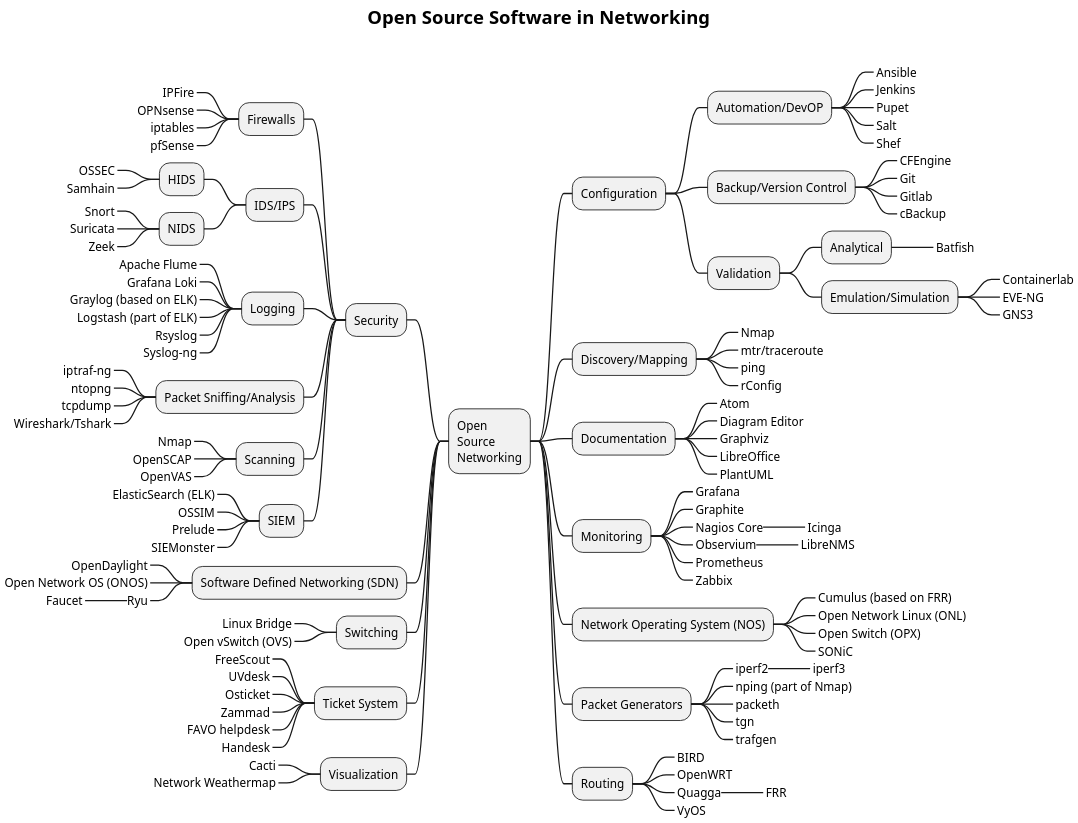
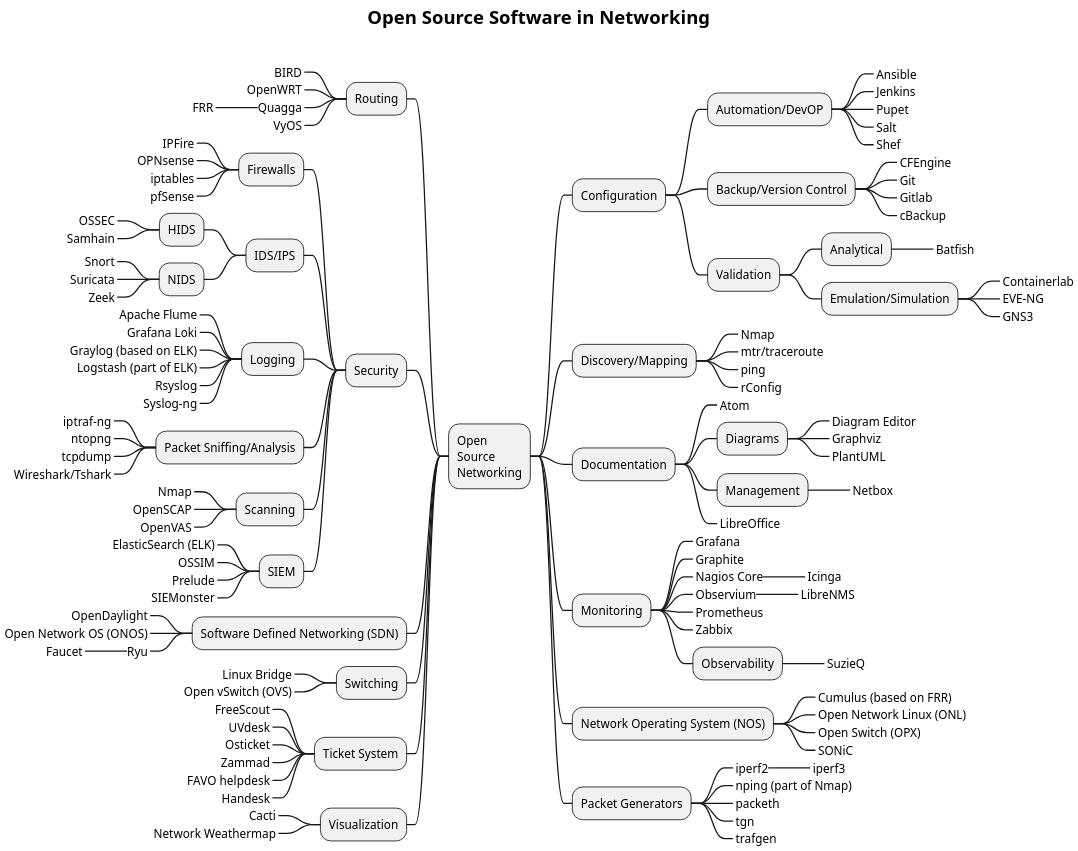
One commit to martimy/Open-Source-Networking changed the diagram in OpenSourceMindMap.md. Above: the diagram before and after it, drawn with PlantUML. The commit also changed 1 other file, not shown here.

Commit message:
add examples

```diff
--- a/OpenSourceMindMap.md
+++ b/OpenSourceMindMap.md
@@ -54,10 +54,13 @@
 
 ** Documentation
 ***_ Atom
-***_ Diagram Editor
-***_ Graphviz
+*** Diagrams
+****_ Diagram Editor
+****_ Graphviz
+****_ PlantUML
+*** Management
+****_ Netbox
 ***_ LibreOffice
-***_ PlantUML
 
 
 ** Monitoring
@@ -69,13 +72,16 @@
 ****_ LibreNMS
 ***_ Prometheus
 ***_ Zabbix
-
+*** Observability
+****_ SuzieQ
 
 ** Network Operating System (NOS)
 ***_ Cumulus (based on FRR)
 ***_ Open Network Linux (ONL)
 ***_ Open Switch (OPX)
 ***_ SONiC
+
+
 
 ** Packet Generators
 ***_ iperf2
@@ -85,6 +91,7 @@
 ***_ tgn
 ***_ trafgen
 
+left side
 
 ** Routing
 ***_ BIRD
@@ -93,8 +100,6 @@
 ****_ FRR
 ***_ VyOS
 
-
-left side
 
 ** Security
 
```
